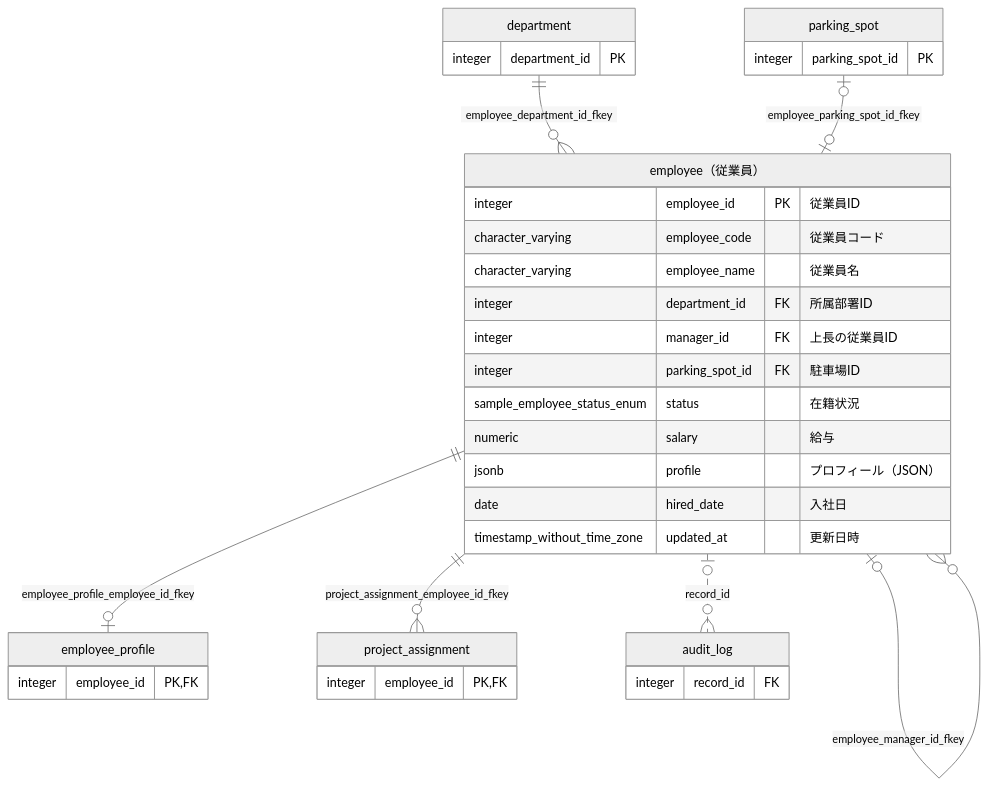
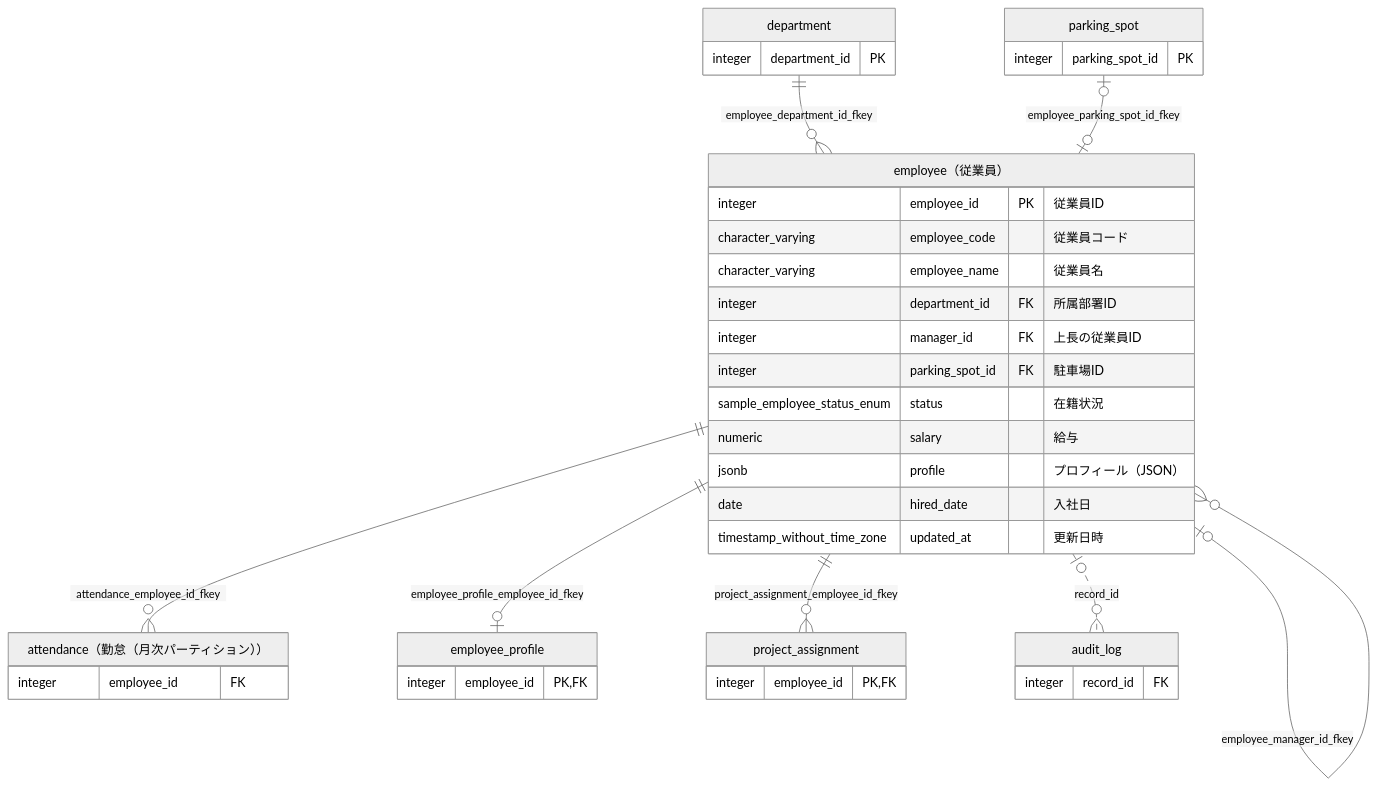
The diagram in docs/sample/postgres/output/testdb/sample/table/employee.md (ebichan88/exportTableDefinition), drawn with Mermaid (neutral theme) before and after one commit. The commit also changed other lines of this file and 50 other files, not shown here.

````diff
--- a/docs/sample/postgres/output/testdb/sample/table/employee.md
+++ b/docs/sample/postgres/output/testdb/sample/table/employee.md
@@ -77,43 +77,48 @@
 ```mermaid
 erDiagram
     sample_employee["employee（従業員）"]
     sample_department["department"]
     sample_parking_spot["parking_spot"]
+    sample_attendance["attendance（勤怠（月次パーティション））"]
     sample_employee_profile["employee_profile"]
     sample_project_assignment["project_assignment"]
     sample_audit_log["audit_log"]
     sample_department ||--o{ sample_employee : "employee_department_id_fkey"
     sample_employee |o--o{ sample_employee : "employee_manager_id_fkey"
     sample_parking_spot |o--o| sample_employee : "employee_parking_spot_id_fkey"
+    sample_employee ||--o{ sample_attendance : "attendance_employee_id_fkey"
     sample_employee ||--o| sample_employee_profile : "employee_profile_employee_id_fkey"
     sample_employee ||--o{ sample_project_assignment : "project_assignment_employee_id_fkey"
     sample_employee |o..o{ sample_audit_log : "record_id"
     sample_employee {
         integer employee_id PK "従業員ID"
         character_varying employee_code "従業員コード"
         character_varying employee_name "従業員名"
         integer department_id FK "所属部署ID"
         integer manager_id FK "上長の従業員ID"
         integer parking_spot_id FK "駐車場ID"
         sample_employee_status_enum status "在籍状況"
         numeric salary "給与"
         jsonb profile "プロフィール（JSON）"
         date hired_date "入社日"
         timestamp_without_time_zone updated_at "更新日時"
     }
     sample_department {
         integer department_id PK
     }
     sample_parking_spot {
         integer parking_spot_id PK
     }
+    sample_attendance {
+        integer employee_id FK
+    }
     sample_employee_profile {
         integer employee_id PK, FK
     }
     sample_project_assignment {
         integer employee_id PK, FK
     }
     sample_audit_log {
         integer record_id FK
     }
 ```
````
